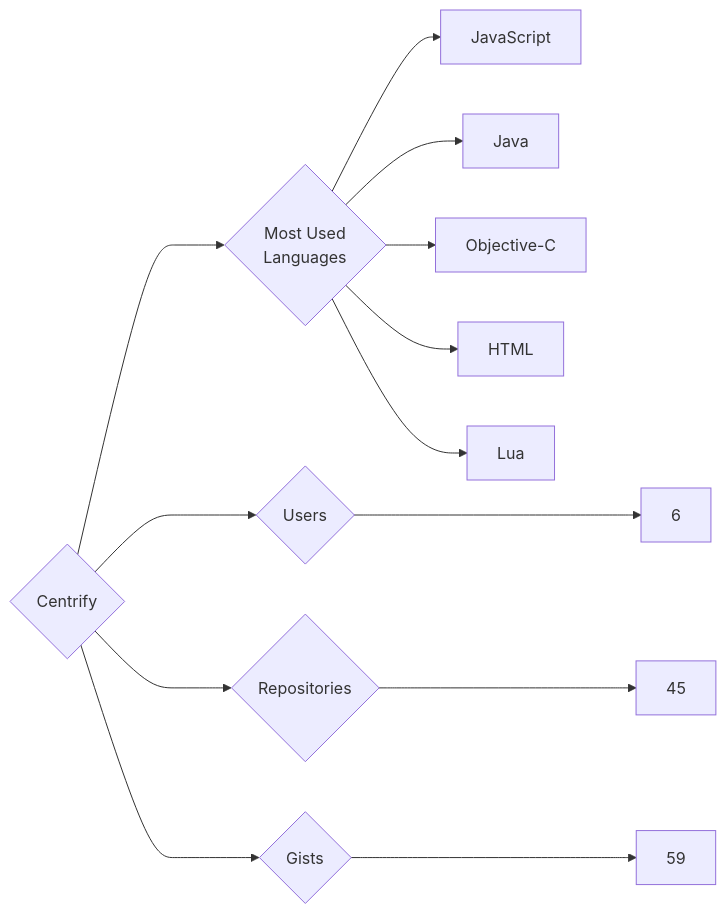
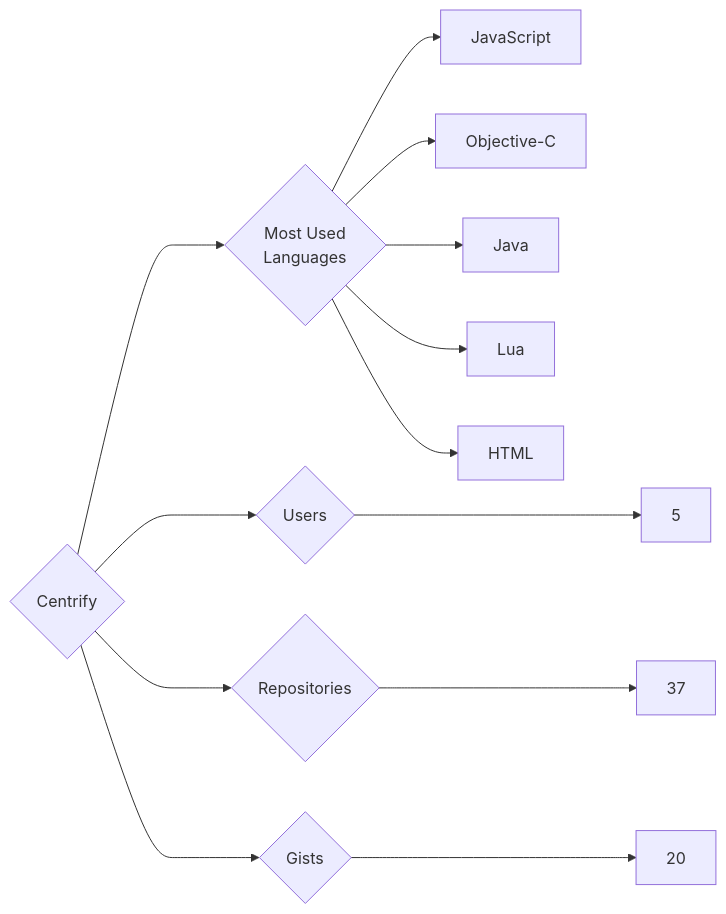
Before and after one commit to trickest/insiders: the diagram in targets/Centrify/README.md, drawn with Mermaid. The commit also changed 783 other files, not shown here.

````diff
--- a/targets/Centrify/README.md
+++ b/targets/Centrify/README.md
@@ -3,13 +3,13 @@
 ```mermaid
 graph LR
 COMPANY_NAME{Centrify}
-COMPANY_NAME ---> U{Users} ---> UN[6]
-COMPANY_NAME ---> R{Repositories} ---> RN[45]
-COMPANY_NAME ---> G{Gists} ---> GN[59]
+COMPANY_NAME ---> U{Users} ---> UN[5]
+COMPANY_NAME ---> R{Repositories} ---> RN[37]
+COMPANY_NAME ---> G{Gists} ---> GN[20]
 COMPANY_NAME ---> ML{Most Used<br>Languages}
 ML --> JavaScript[JavaScript]
+ML --> Objective-C[Objective-C]
 ML --> Java[Java]
-ML --> Objective-C[Objective-C]
+ML --> Lua[Lua]
 ML --> HTML[HTML]
-ML --> Lua[Lua]
 ```
````
